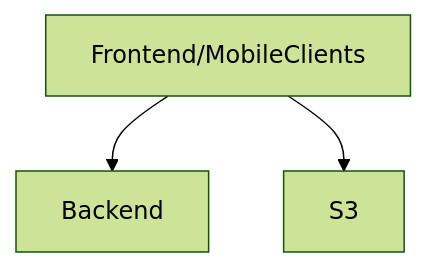
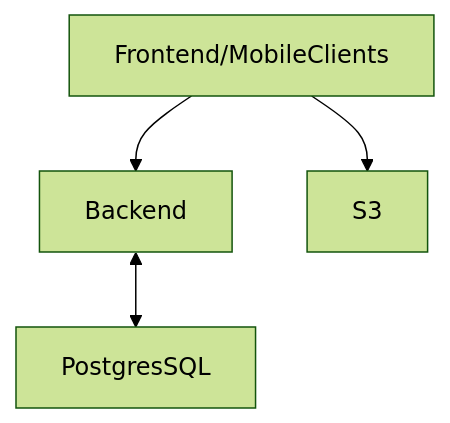
Before and after one commit to MixDrinks/docs: the diagram in docs/other/intro.md, drawn with Mermaid (forest theme). The commit also changed 2 other files, not shown here.

````diff
--- a/docs/other/intro.md
+++ b/docs/other/intro.md
@@ -19,5 +19,6 @@
 ```mermaid
 graph TD;
-    Frontend/MobileClients-->Backend;
-    Frontend/MobileClients-->S3;
+    Backend <--> PostgresSQL
+    Frontend/MobileClients --> Backend;
+    Frontend/MobileClients --> S3;
 ```
````
